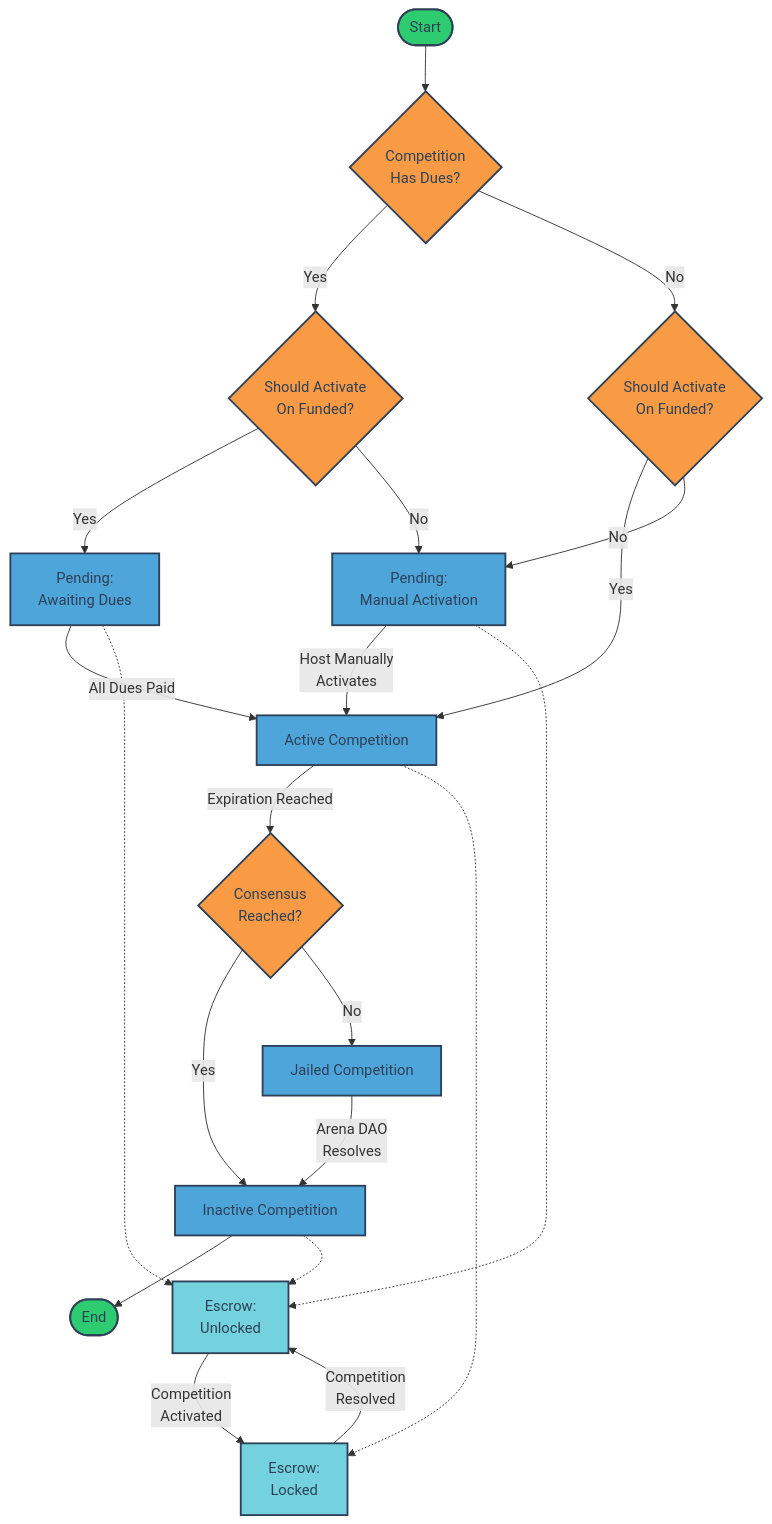
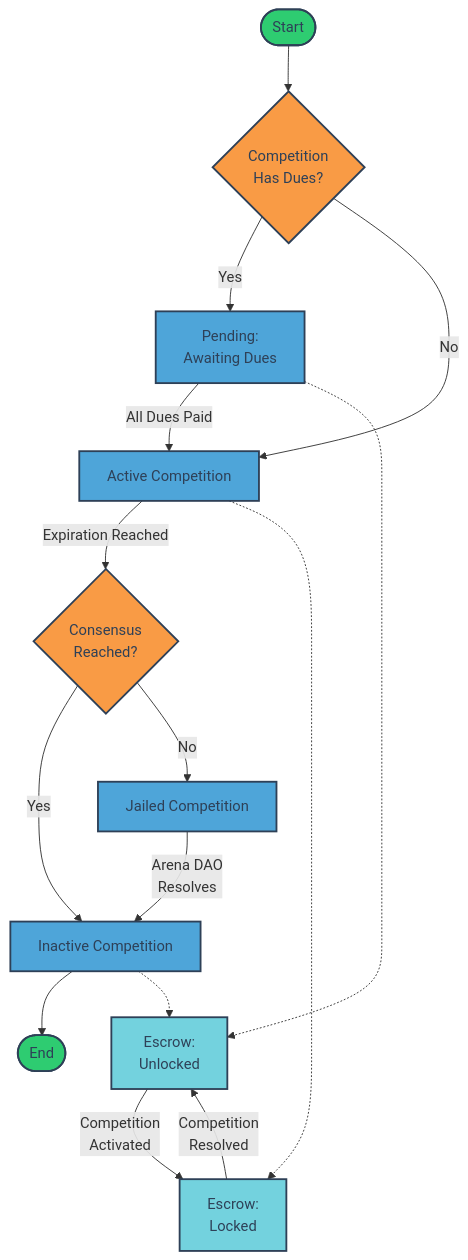
Before and after one commit to Arena-DAO/arena-dao-docs: the diagram in the-arena-architecture/competition-modules/README.md, drawn with Mermaid. The commit also changed 7 other files, not shown here.

````diff
--- a/the-arena-architecture/competition-modules/README.md
+++ b/the-arena-architecture/competition-modules/README.md
@@ -5,41 +5,33 @@
 ```mermaid
 flowchart TB
     Start([Start]) --> HasDues{Competition<br>Has Dues?}
-    HasDues -->|Yes| ShouldActivateDues{Should Activate<br>On Funded?}
-    HasDues -->|No| ShouldActivateNoDues{Should Activate<br>On Funded?}
-    
-    ShouldActivateDues -->|Yes| PendingDues[Pending:<br>Awaiting Dues]
-    ShouldActivateDues -->|No| PendingManual[Pending:<br>Manual Activation]
-    
-    ShouldActivateNoDues -->|Yes| ActiveCompetition[Active Competition]
-    ShouldActivateNoDues -->|No| PendingManual
+    HasDues -->|Yes| PendingDues[Pending:<br>Awaiting Dues]
+    HasDues -->|No| ActiveCompetition[Active Competition]
     
     PendingDues -->|All Dues Paid| ActiveCompetition
-    PendingManual -->|Host Manually<br>Activates| ActiveCompetition
     
     ActiveCompetition -->|Expiration Reached| ConsensusCheck{Consensus<br>Reached?}
     ConsensusCheck -->|Yes| InactiveCompetition[Inactive Competition]
     ConsensusCheck -->|No| JailedCompetition[Jailed Competition]
     
     JailedCompetition -->|Arena DAO<br>Resolves| InactiveCompetition
     
     InactiveCompetition --> End([End])
     
     UnlockedEscrow[Escrow:<br>Unlocked] -->|Competition<br>Activated| LockedEscrow[Escrow:<br>Locked]
     LockedEscrow -->|Competition<br>Resolved| UnlockedEscrow
     
     PendingDues -.-> UnlockedEscrow
-    PendingManual -.-> UnlockedEscrow
     ActiveCompetition -.-> LockedEscrow
     InactiveCompetition -.-> UnlockedEscrow
     
     classDef default fill:#4EA5D9,stroke:#2E4057,stroke-width:2px,color:#2E4057;
     classDef decision fill:#F99B45,stroke:#2E4057,stroke-width:2px,color:#2E4057;
     classDef escrow fill:#73D2DE,stroke:#2E4057,stroke-width:2px,color:#2E4057;
     classDef startend fill:#2ECC71,stroke:#2E4057,stroke-width:2px,color:#2E4057;
     
-    class HasDues,ShouldActivateDues,ShouldActivateNoDues,ConsensusCheck decision;
+    class HasDues,ConsensusCheck decision;
     class UnlockedEscrow,LockedEscrow escrow;
     class Start,End startend;
 
 ```
````
